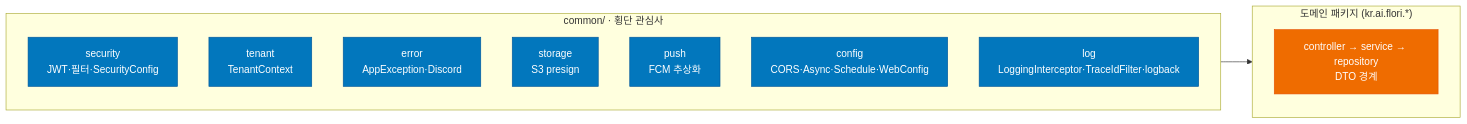
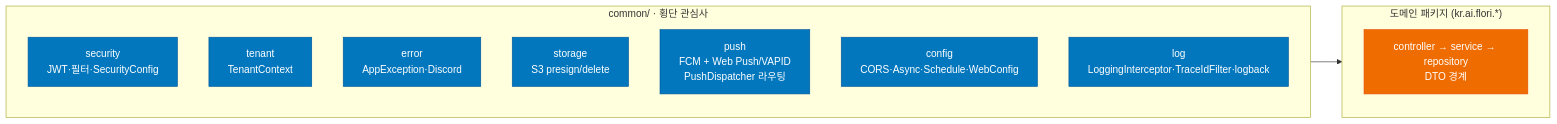
Before and after one commit to flori-ai-kr/api: the second of 10 diagrams in docs/ARCHITECTURE.md, drawn with Mermaid. The commit also changed other lines of this file and 72 other files, not shown here.

````diff
--- a/docs/ARCHITECTURE.md
+++ b/docs/ARCHITECTURE.md
@@ -68,25 +70,25 @@
 ```mermaid
 flowchart LR
     subgraph Cross["common/ · 횡단 관심사"]
         direction TB
         CSec[security<br/>JWT·필터·SecurityConfig]
         CTen[tenant<br/>TenantContext]
         CErr[error<br/>AppException·Discord]
-        CSto[storage<br/>S3 presign]
-        CPush[push<br/>FCM 추상화]
+        CSto[storage<br/>S3 presign/delete]
+        CPush[push<br/>FCM + Web Push/VAPID<br/>PushDispatcher 라우팅]
         CCfg[config<br/>CORS·Async·Schedule·WebConfig]
         CLog[log<br/>LoggingInterceptor·TraceIdFilter·logback]
     end
 
     subgraph Domain["도메인 패키지 (kr.ai.flori.*)"]
         direction TB
         D[controller → service → repository<br/>DTO 경계]
     end
 
     Cross --> Domain
 
     classDef common fill:#0277bd,color:#fff,stroke:#01579b
     classDef dom fill:#ef6c00,color:#fff,stroke:#e65100
     class CSec,CTen,CErr,CSto,CPush,CCfg,CLog common
     class D dom
 ```
````
